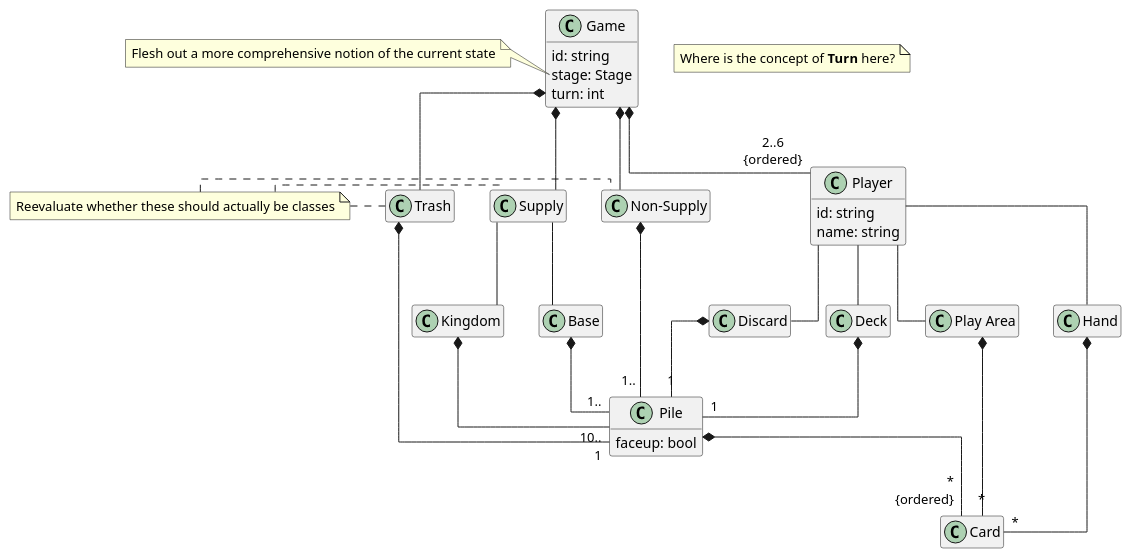
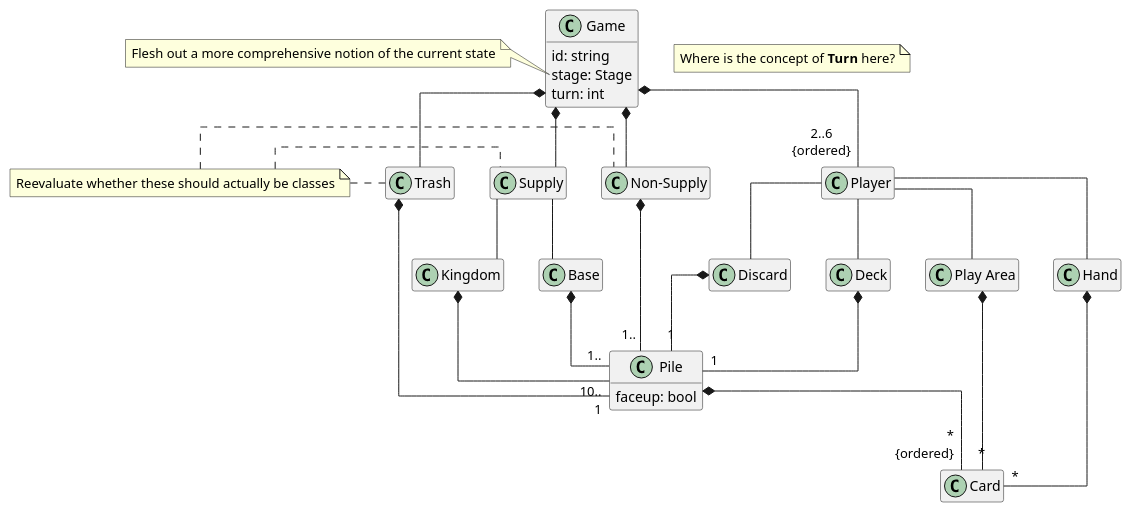
The diagram in diagrams/game-class.puml (qwwqe/demesne), drawn with PlantUML before and after one commit. The commit also changed 1 other file, not shown here.

Commit message:
Remove Player attributes

```diff
--- a/diagrams/game-class.puml
+++ b/diagrams/game-class.puml
@@ -1,81 +1,78 @@
 @startuml
 hide empty members
 skinparam linetype ortho
 
 note "Where is the concept of <b>Turn</b> here?" as TurnNote
 
 note "Reevaluate whether these should actually be classes" as ClassNote
 
 class Game {
   id: string
   stage: Stage
   turn: int
 }
 
-class Player {
-  id: string
-  name: string
-}
+class Player {}
 
 class Pile {
   faceup: bool
 }
 
 together {
   class Deck
   class Discard
   class "Play Area"
   class Hand
 }
 
 together {
   class Supply
   class "Non-Supply"
   class Trash
 }
 
 together {
   class Base
   class Kingdom
 }
 
 together {
   class Pile
   class Card
 }
 
 note left of Game::stage
   Flesh out a more comprehensive notion of the current state
 end note
 
 Game *-- Supply
 Game *-- "Non-Supply"
 Game *-- Trash
 Game *-- "2..6\n{ordered}" Player
 
 Player -- "Play Area"
 Player -- Hand
 Player -- Deck
 Player -- Discard
 
 Deck *-- "1" Pile
 Discard *-- "1" Pile
 
 Trash .left. ClassNote
 Supply .left. ClassNote
 "Non-Supply" .left. ClassNote
 
 Supply -- Base
 Supply -- Kingdom
 
 Base *-- "1.." Pile
 Kingdom *-- "10.." Pile
 "Non-Supply" *-- "1.." Pile
 
 Trash *-- "1" Pile
 
 Pile *-- "\r*\n{ordered}" Card
 
 "Play Area" *-- "*" Card
 Hand *-- "*" Card
 @enduml
```
